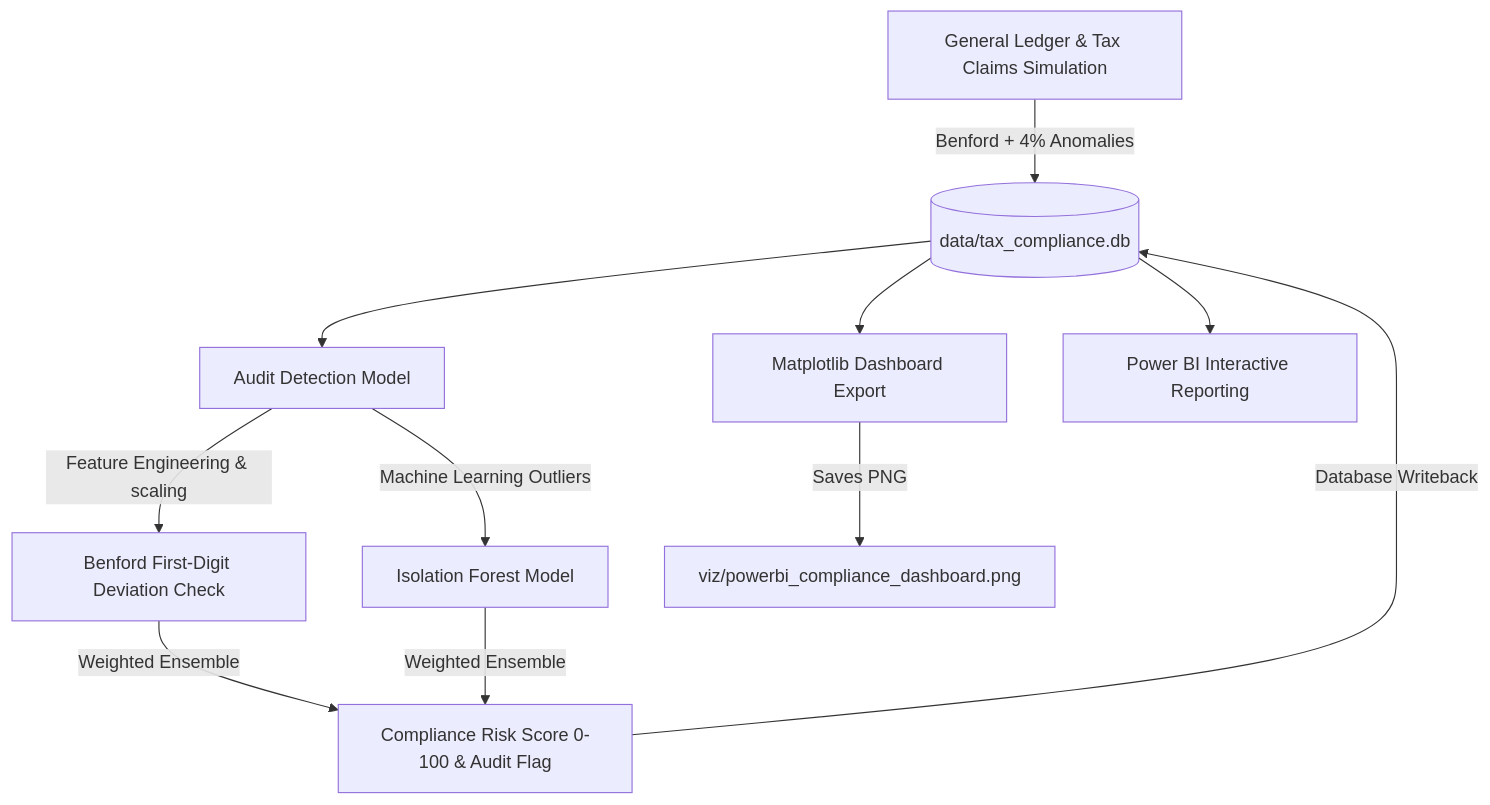
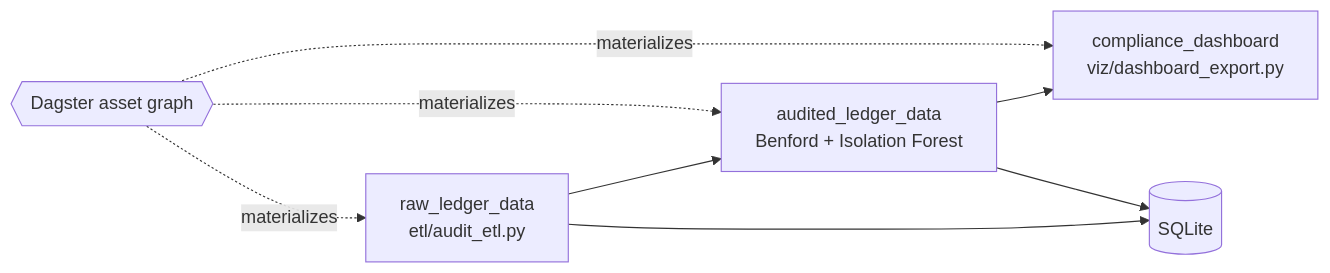
Before and after one commit to Deshraj-Jogiya/Tax-Anomaly-Audit-Pipeline: the diagram in README.md, drawn with Mermaid. The commit also changed other lines of this file and 5 other files, not shown here.

First line of the commit message:
Fix the Dagster dashboard asset writing to another project's file name

````diff
--- a/README.md
+++ b/README.md
@@ -9,12 +19,7 @@
 ```mermaid
-graph TD
-    A[General Ledger & Tax Claims Simulation] -->|Benford + 4% Anomalies| B[(data/tax_compliance.db)]
-    B --> C[Audit Detection Model]
-    C -->|Feature Engineering & scaling| D[Benford First-Digit Deviation Check]
-    C -->|Machine Learning Outliers| E[Isolation Forest Model]
-    D & E -->|Weighted Ensemble| F[Compliance Risk Score 0-100 & Audit Flag]
-    F -->|Database Writeback| B
-    B --> G[Matplotlib Dashboard Export]
-    B --> H[Power BI Interactive Reporting]
-    G -->|Saves PNG| I[viz/powerbi_compliance_dashboard.png]
+flowchart LR
+    R[raw_ledger_data<br/>etl/audit_etl.py] --> A[audited_ledger_data<br/>Benford + Isolation Forest]
+    A --> D[compliance_dashboard<br/>viz/dashboard_export.py]
+    R & A --> DB[(SQLite)]
+    DG{{Dagster asset graph}} -.materializes.-> R & A & D
 ```
````
